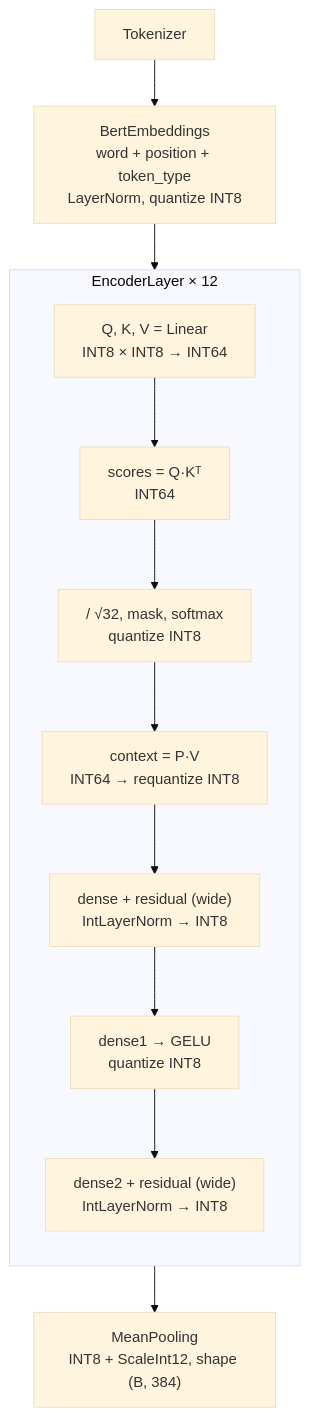
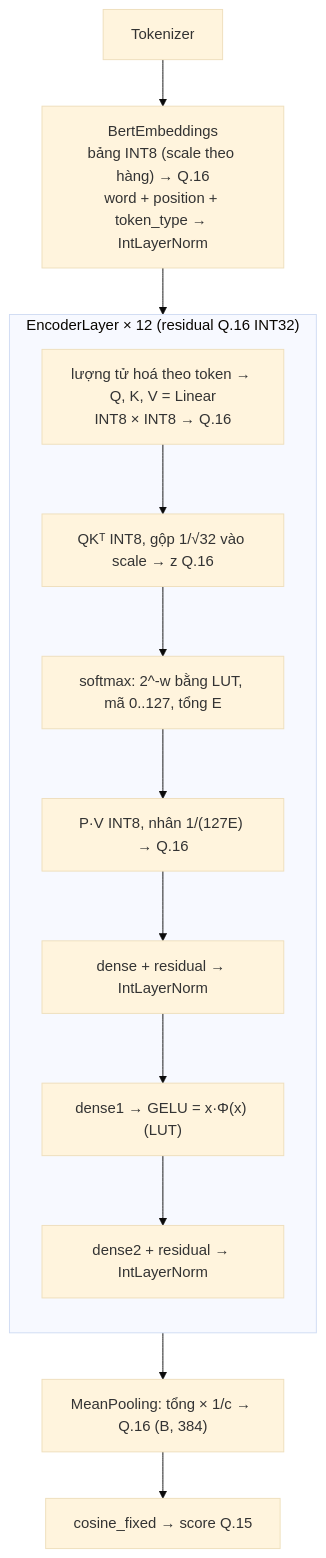
The diagram in model/numpy/README.md (quang-tran0/capstone-project), drawn with Mermaid (base theme) before and after one commit. The commit also changed other lines of this file and 19 other files, not shown here.

````diff
--- a/model/numpy/README.md
+++ b/model/numpy/README.md
@@ -28,15 +14,16 @@
 ```mermaid
 flowchart TD
-    TOK[Tokenizer] --> EMB["BertEmbeddings<br/>word + position + token_type<br/>LayerNorm, quantize INT8"]
+    TOK[Tokenizer] --> EMB["BertEmbeddings<br/>bảng INT8 (scale theo hàng) → Q.16<br/>word + position + token_type → IntLayerNorm"]
     EMB --> ENC
-    subgraph ENC ["EncoderLayer × 12"]
+    subgraph ENC ["EncoderLayer × 12 (residual Q.16 INT32)"]
         direction TB
-        QKV["Q, K, V = Linear<br/>INT8 × INT8 → INT64"] --> SC["scores = Q·Kᵀ<br/>INT64"]
-        SC --> SM["/ √32, mask, softmax<br/>quantize INT8"]
-        SM --> CTX["context = P·V<br/>INT64 → requantize INT8"]
-        CTX --> AO["dense + residual (wide)<br/>IntLayerNorm → INT8"]
-        AO --> FF1["dense1 → GELU<br/>quantize INT8"]
-        FF1 --> FF2["dense2 + residual (wide)<br/>IntLayerNorm → INT8"]
+        QKV["lượng tử hoá theo token → Q, K, V = Linear<br/>INT8 × INT8 → Q.16"] --> SC["QKᵀ INT8, gộp 1/√32 vào scale → z Q.16"]
+        SC --> SM["softmax: 2^-w bằng LUT, mã 0..127, tổng E"]
+        SM --> CTX["P·V INT8, nhân 1/(127E) → Q.16"]
+        CTX --> AO["dense + residual → IntLayerNorm"]
+        AO --> FF1["dense1 → GELU = x·Φ(x) (LUT)"]
+        FF1 --> FF2["dense2 + residual → IntLayerNorm"]
     end
-    ENC --> POOL["MeanPooling<br/>INT8 + ScaleInt12, shape (B, 384)"]
+    ENC --> POOL["MeanPooling: tổng × 1/c → Q.16 (B, 384)"]
+    POOL --> SCORE["cosine_fixed → score Q.15"]
 ```
````
